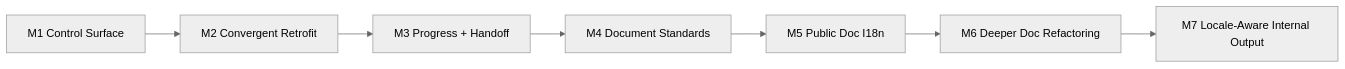
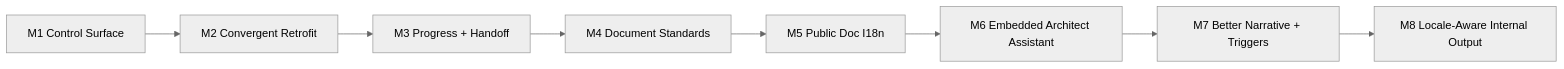
Before and after one commit to redcreen/project-assistant: the diagram in docs/roadmap.md, drawn with Mermaid (neutral theme). The commit also changed other lines of this file and 34 other files, not shown here.

````diff
--- a/docs/roadmap.md
+++ b/docs/roadmap.md
@@ -31,9 +32,10 @@
 ```mermaid
 flowchart LR
     M1["M1 Control Surface"] --> M2["M2 Convergent Retrofit"]
     M2 --> M3["M3 Progress + Handoff"]
     M3 --> M4["M4 Document Standards"]
     M4 --> M5["M5 Public Doc I18n"]
-    M5 --> M6["M6 Deeper Doc Refactoring"]
-    M6 --> M7["M7 Locale-Aware Internal Output"]
+    M5 --> M6["M6 Embedded Architect Assistant"]
+    M6 --> M7["M7 Better Narrative + Triggers"]
+    M7 --> M8["M8 Locale-Aware Internal Output"]
 ```
````
